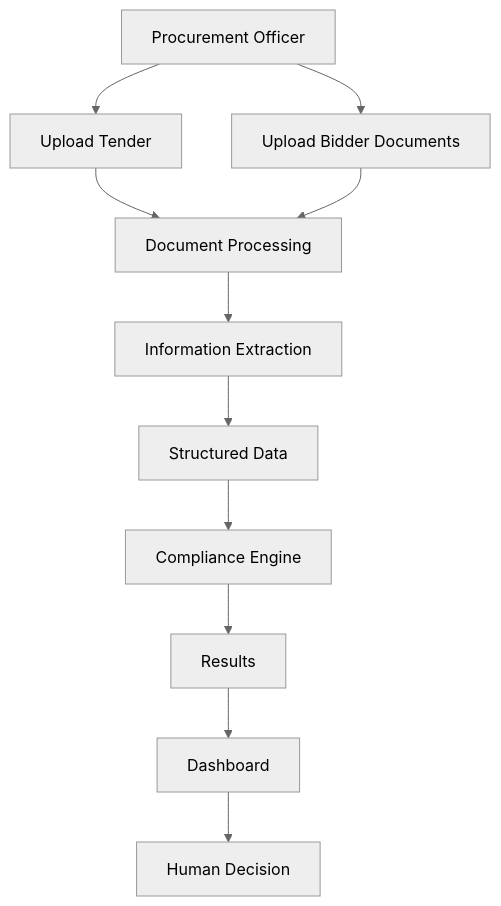
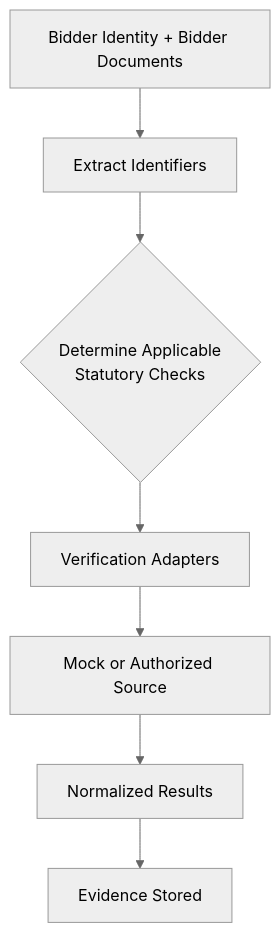
Before and after one commit to IshanWankhede/BidVerify-AI: the second of 10 diagrams in Flow-Diagram.md, drawn with Mermaid (neutral theme). The commit also changed other lines of this file and 5 other files, not shown here.

````diff
--- a/Flow-Diagram.md
+++ b/Flow-Diagram.md
@@ -11,13 +69,9 @@
 ```mermaid
 flowchart TD
-    A[Procurement Officer] --> B[Upload Tender]
-    A --> C[Upload Bidder Documents]
-    B --> D[Document Processing]
-    C --> D
-    D --> E[Information Extraction]
-    E --> F[Structured Data]
-    F --> G[Compliance Engine]
-    G --> H[Results]
-    H --> I[Dashboard]
-    I --> J[Human Decision]
+    A[Bidder Identity + Bidder Documents] --> B[Extract Identifiers]
+    B --> C{Determine Applicable<br/>Statutory Checks}
+    C --> D[Verification Adapters]
+    D --> E[Mock or Authorized Source]
+    E --> F[Normalized Results]
+    F --> G[Evidence Stored]
 ```
````
